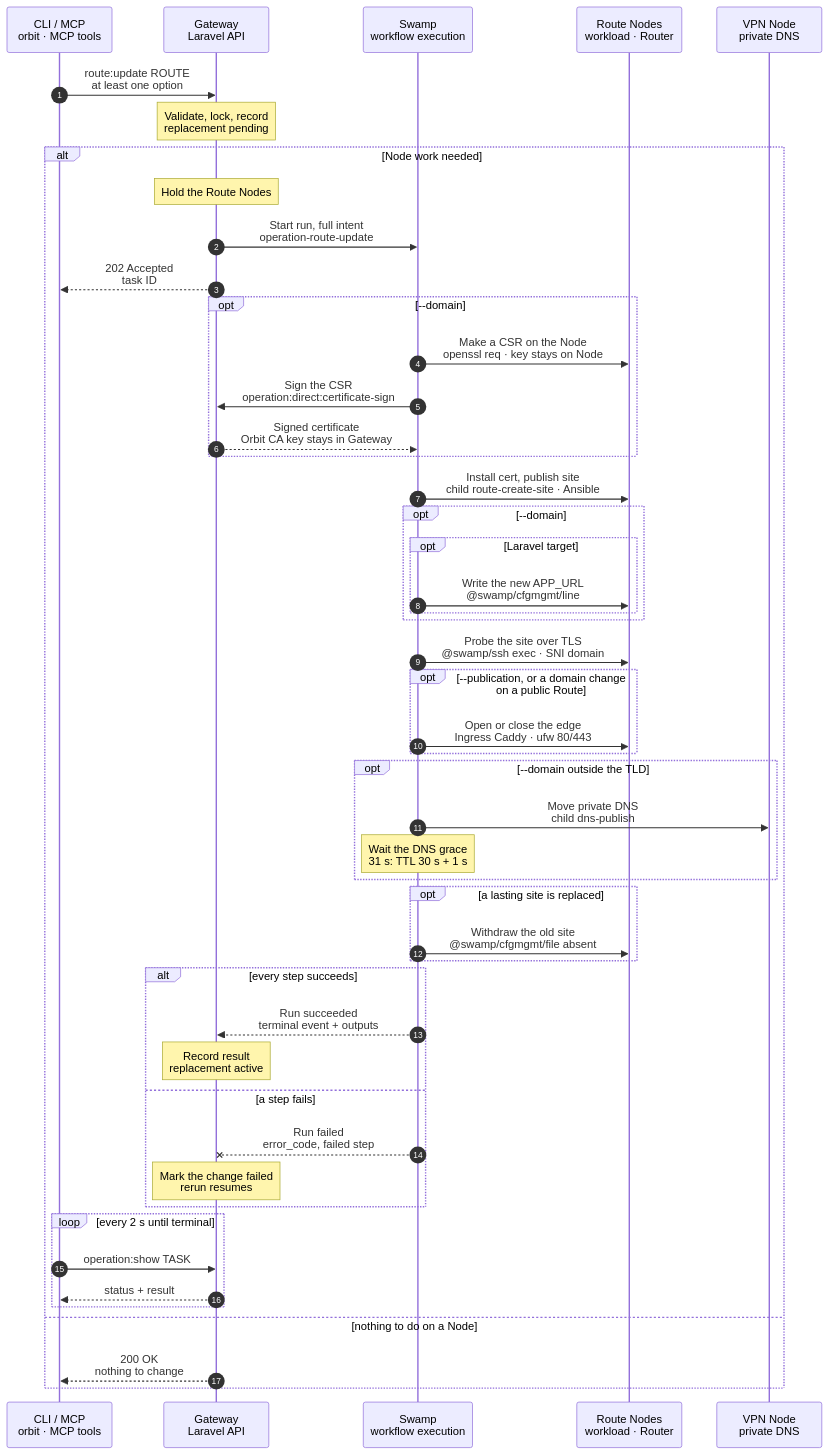
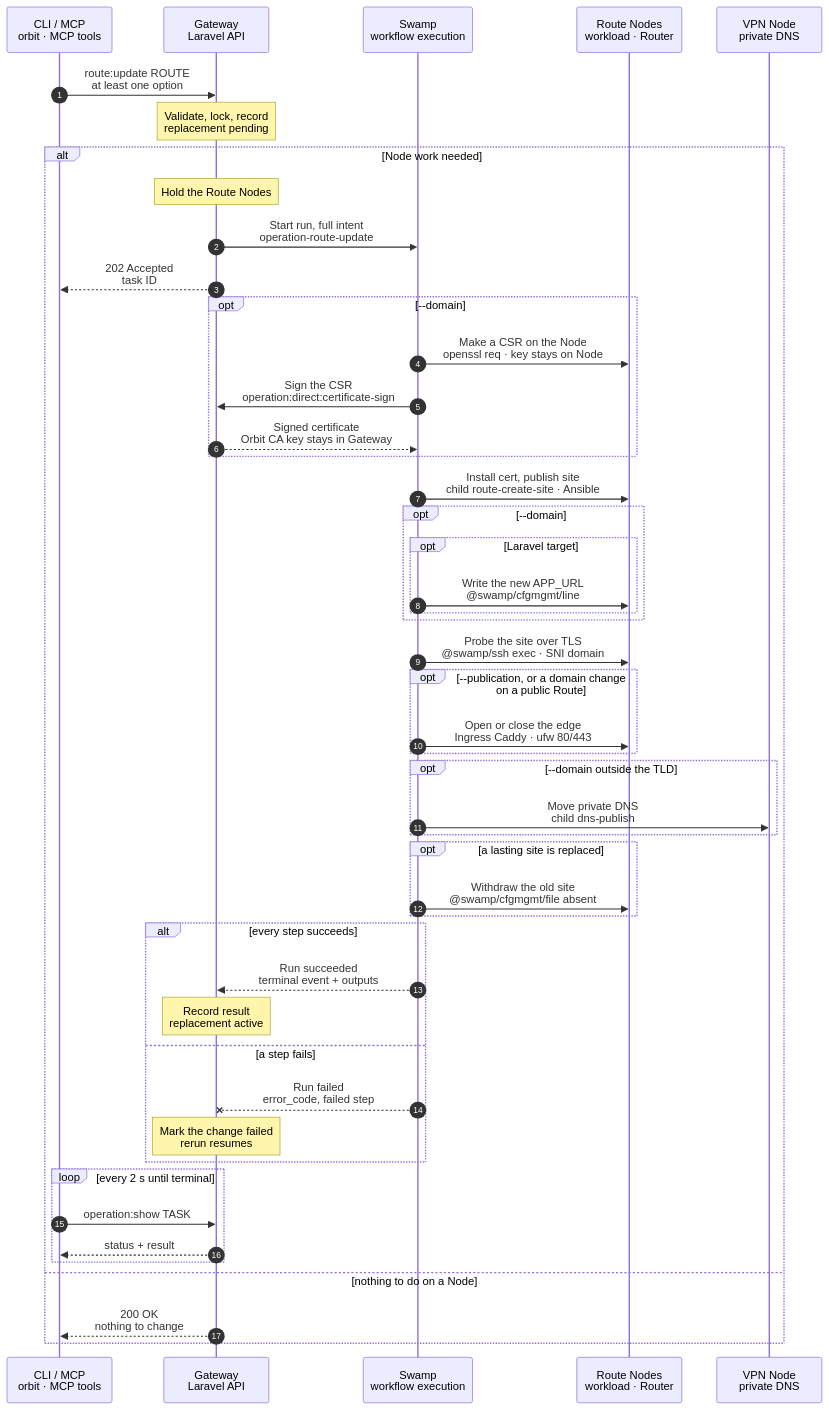
The diagram in docs/cli/route/update.mmd (hardimpactdev/orbit), drawn with Mermaid before and after one commit. The commit also changed 46 other files, not shown here.

Commit message:
fix(dns): retain uncertain selections and centralize the publication grace

```diff
--- a/docs/cli/route/update.mmd
+++ b/docs/cli/route/update.mmd
@@ -1,115 +1,114 @@
 sequenceDiagram
   %% Decided by the orchestrator, for Nick's review (2026-11-06): the Gateway holds each Route-serving Node from admission to the terminal state; a second Route write on it waits (docs/reference/routes.md#coordinate-publication).
   %% Target design: ADR 0244 task, one Swamp run, certificate signing is the one step-to-Gateway call. docs/reference/routes.md#change-an-explicit-domain.
   %% Decided by the orchestrator, for Nick's review (2026-11-06): the Node work of the site child is one Ansible phase (see route:create).
   %% status: draft
   %% command: route:update
   %% kind: route.update
   autonumber
   %% lane CLI icon=terminal pill=caller tone=gray
   %% lane GW icon=gateway pill=intent tone=blue
   %% lane SW icon=workflow pill=executes tone=green
   %% lane N icon=server pill=target tone=amber
   %% lane V icon=server pill=target tone=purple
   participant CLI as CLI / MCP<br/>orbit · MCP tools
   participant GW as Gateway<br/>Laravel API
   participant SW as Swamp<br/>workflow execution
   participant N as Route Nodes<br/>workload · Router
   participant V as VPN Node<br/>private DNS
   CLI->>GW: route:update ROUTE<br/>at least one option
   %%> Command:
   %%> - `orbit route:update ROUTE --domain=DOMAIN`
   %%> - syntax: `<route> [--domain=DOMAIN] [--publication=private|public] [--web-root=PATH] [--json]`
   %%> Input:
   %%> - the Route and at least one change; `--web-root` is separate from the others
   %%> Who can call it:
   %%> - the `orbit` CLI and the MCP tool send the same request
   Note over GW: Validate, lock, record<br/>replacement pending
   %%> Requirements:
   %%> - the calling Node has an access grant to the Route's Node, or to any member Node for a Cluster-scoped Route
   %%> - the Route is an app Route (`route.kind_unsupported`); a generated Route cannot change its domain (`route.domain_immutable`); a Route with a web root keeps its domain (`route.web_root_domain_immutable`)
   %%> - the new domain is free and not reserved (`route.domain_conflict`), and no other domain change runs (`route.domain_change_conflict`)
   %%> - public publication needs production targets (`route.reconciliation_required`)
   %%> - no other operation holds the projection lock; Orbit waits up to 30 seconds, then refuses with `app-dev.projection_busy`
   %%> Result:
   %%> - a domain change records a replacement Route as `pending`; the current Route stays authoritative until the cutover
   alt Node work needed
     Note over GW: Hold the Route Nodes
     %%> What it does:
     %%> - holds each Node that serves this Route's site (Caddy and PHP) from admission to the terminal state
     %%> - a second Route write on one of those Nodes waits (task status `waiting`) and starts when the Node is free, oldest first
     %%> Not held:
     %%> - the DNS Node: every publication writes the whole private DNS and the newest revision wins, so two publications cannot lose each other's change
     %%> Limit:
     %%> - two Route writes on one Node run one after the other, so each waits for the other's whole run
     %%> - a newer write waits behind an older waiting one that shares a Node, and a waiting write can be cancelled
     %%> - a timed-out write keeps its Nodes until Swamp confirms that its run stopped, or for 15 minutes
     %%> - task provision and cancel, instance:register and the Cluster Router writes hold the Nodes for their Route-publish step only, through the `route-hold` call
     %%> - a task that waits starts from the Node's live files; a site block that matches none of its captured states still stops it with `owned_revision_conflict`
     GW->>SW: Start run, full intent<br/>operation-route-update
     GW-->>CLI: 202 Accepted<br/>task ID
     %%> What you get:
     %%> - the task ID, at once
     %%> Next:
     %%> - the CLI follows the task with `operation:show`
     opt --domain
       SW->>N: Make a CSR on the Node<br/>openssl req · key stays on Node
       SW->>GW: Sign the CSR<br/>operation:direct:certificate-sign
       %%> Why a call to the Gateway:
       %%> - certificate signing is the one allowed step-to-Gateway call; the Orbit CA stays in the Gateway
       GW-->>SW: Signed certificate<br/>Orbit CA key stays in Gateway
     end
     SW->>N: Install cert, publish site<br/>child route-create-site · Ansible
     %%> What it does:
     %%> - publishes the replacement site beside the old one; Caddy reloads after validation
     %%> - for `--web-root`, prepares the workload for the new root (Caddy access, PHP pool) and publishes with it
     opt --domain
       opt Laravel target
         SW->>N: Write the new APP_URL<br/>@swamp/cfgmgmt/line
       end
     end
     SW->>N: Probe the site over TLS<br/>@swamp/ssh exec · SNI domain
     %%> Why:
     %%> - the probe verifies the hostname and the Orbit CA; an application HTTP error does not fail it, and a failed probe stops the cutover
     opt --publication, or a domain change on a public Route
       SW->>N: Open or close the edge<br/>Ingress Caddy · ufw 80/443
     end
     opt --domain outside the TLD
       SW->>V: Move private DNS<br/>child dns-publish
-      Note over SW: Wait the DNS grace<br/>31 s: TTL 30 s + 1 s
-      %%> Why:
-      %%> - the old DNS answer has 31 seconds to expire before the old site is withdrawn
+      %%> What it does:
+      %%> - the shared publication owns the durable 31-second grace before site withdrawal; a retry waits only its remaining time
     end
     opt a lasting site is replaced
       SW->>N: Withdraw the old site<br/>@swamp/cfgmgmt/file absent
     end
     alt every step succeeds
       SW-->>GW: Run succeeded<br/>terminal event + outputs
       Note over GW: Record result<br/>replacement active
       %%> Result:
       %%> - a domain change makes the replacement Route active and deletes the old one; a publication-only or web-root change keeps the Route ID
     else a step fails
       SW--xGW: Run failed<br/>error_code, failed step
       Note over GW: Mark the change failed<br/>rerun resumes
       %%> Result before the cutover:
       %%> - the old Route stays authoritative and the replacement is `failed`; a failed Caddy validation leaves the candidate file and stops the reload
       %%> Result after the cutover:
       %%> - a failure in the DNS grace or the old site's withdrawal leaves the replacement authoritative and the old Route `retiring`; a rerun finishes the withdrawal
       %%> What `route:show` shows:
       %%> - for a domain change, both Routes with `replacement_step`, `failed_step` and `error_code`; otherwise the one Route with `failed_step` and `error_code`
       %%> On the Nodes:
       %%> - finished steps stay; there is no rollback
       %%> Retry:
       %%> - run the same request again to resume; a different domain or publication request changes nothing
     end
     loop every 2 s until terminal
       CLI->>GW: operation:show TASK
       GW-->>CLI: status + result
     end
   else nothing to do on a Node
     GW-->>CLI: 200 OK<br/>nothing to change
     %%> When:
     %%> - the domain, publication or web root already has the requested value, or the Route is not yet published, so the replacement is created at once
     %%> Skipped:
     %%> - an identical request is reported as `Skipped — nothing to change (route.update_unchanged)`; no run starts
   end
```
